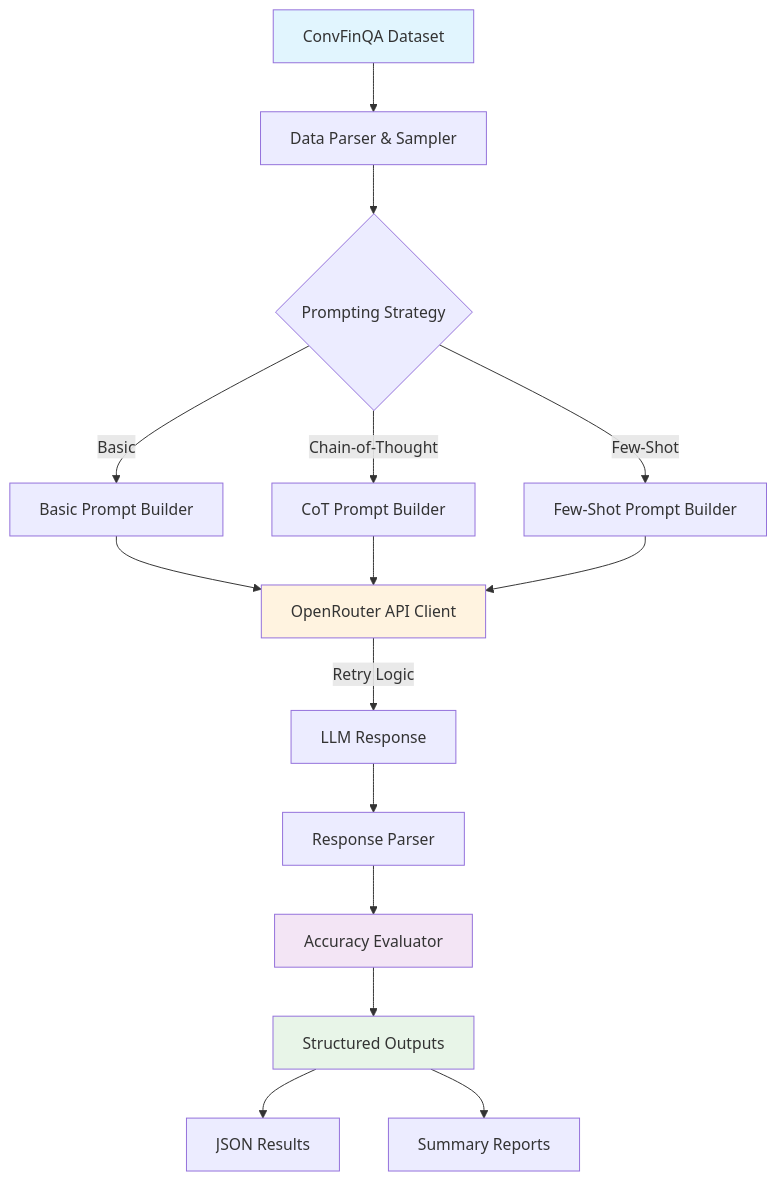
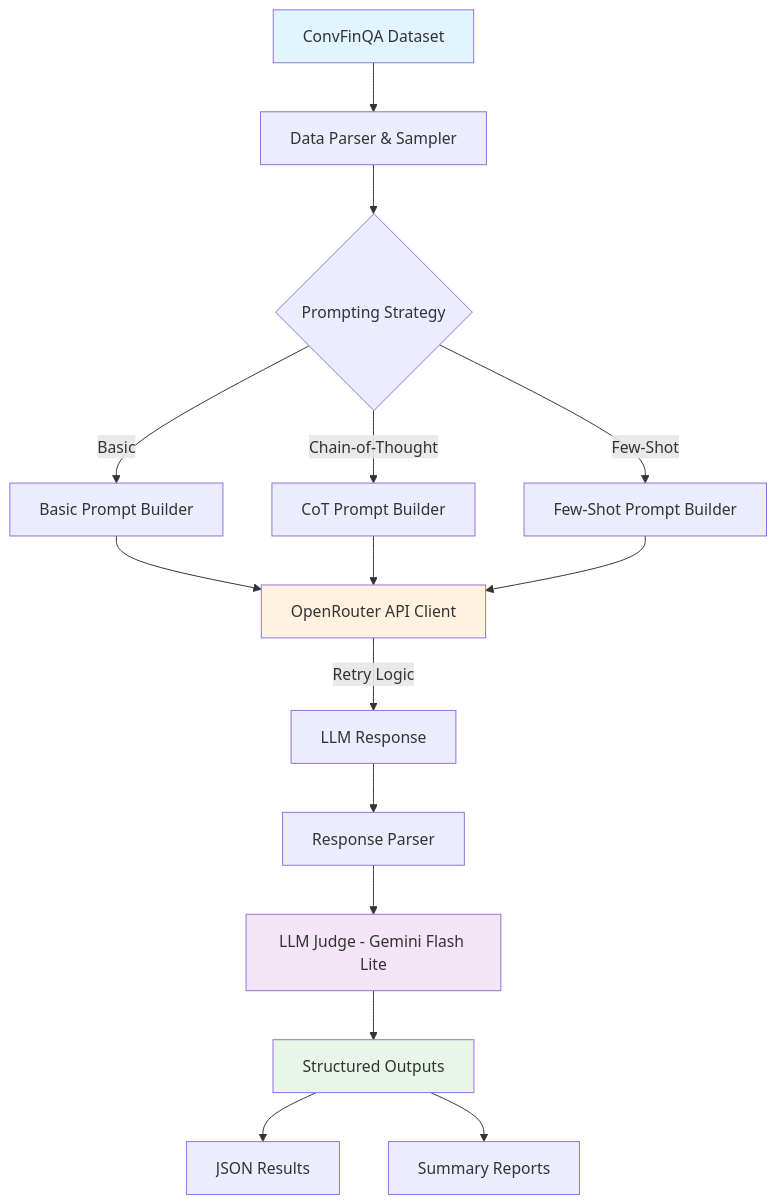
Before and after one commit to mightymax123/convfinqa: the diagram in README.md, drawn with Mermaid. The commit also changed other lines of this file and 8 other files, not shown here.

First line of the commit message:
feat: replace exact-match evaluator with LLM-as-judge

````diff
--- a/README.md
+++ b/README.md
@@ -148,22 +148,22 @@
 ```mermaid
 flowchart TD
     A[ConvFinQA Dataset] --> B[Data Parser & Sampler]
     B --> C{Prompting Strategy}
     C -->|Basic| D1[Basic Prompt Builder]
     C -->|Chain-of-Thought| D2[CoT Prompt Builder] 
     C -->|Few-Shot| D3[Few-Shot Prompt Builder]
-    D1 -->     E[OpenRouter API Client]
+    D1 --> E[OpenRouter API Client]
     D2 --> E
     D3 --> E
     E -->|Retry Logic| F[LLM Response]
     F --> G[Response Parser]
-    G --> H[Accuracy Evaluator]
+    G --> H[LLM Judge - Gemini Flash Lite]
     H --> I[Structured Outputs]
     I --> J[JSON Results]
     I --> K[Summary Reports]
     
     style A fill:#e1f5fe
     style E fill:#fff3e0
     style H fill:#f3e5f5
     style I fill:#e8f5e8
 ```
````
